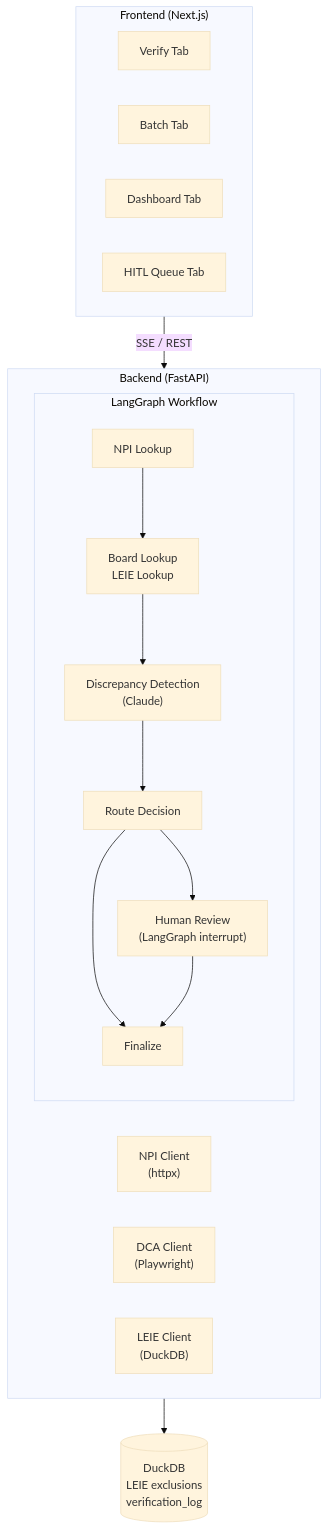
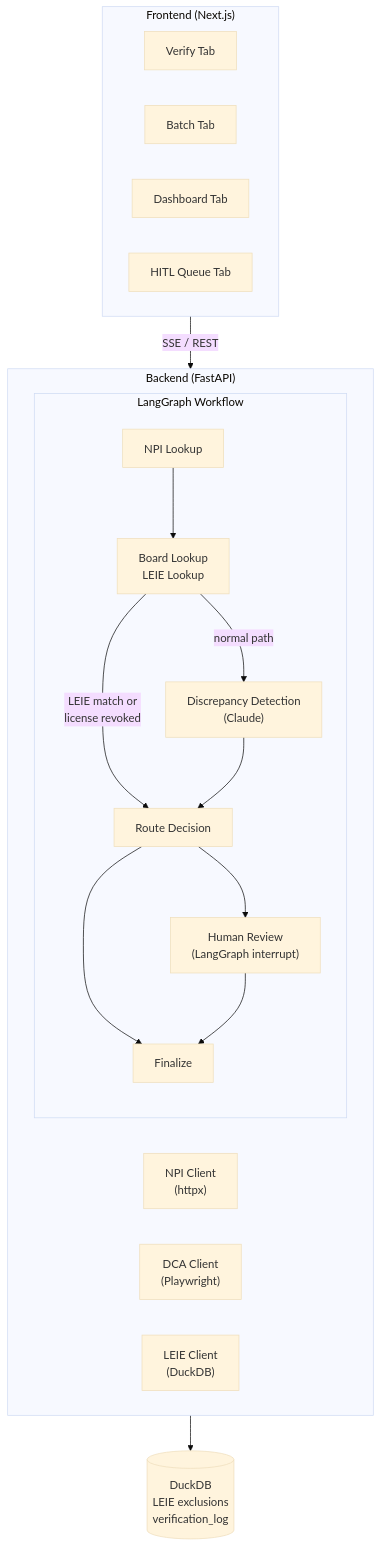
The first of 2 diagrams in README.md (karankrishnani/credentialmd-poc), drawn with Mermaid (base theme) before and after one commit. The commit also changed other lines of this file and 2 other files, not shown here.

First line of the commit message:
Short-circuit LEIE exclusion and license revocation to auto-fail without LLM call

````diff
--- a/README.md
+++ b/README.md
@@ -40,28 +40,29 @@
 ```mermaid
 graph TD
     subgraph Frontend ["Frontend (Next.js)"]
         Verify["Verify Tab"]
         Batch["Batch Tab"]
         Dashboard["Dashboard Tab"]
         HITL["HITL Queue Tab"]
     end
 
     Frontend -->|"SSE / REST"| Backend
 
     subgraph Backend ["Backend (FastAPI)"]
         subgraph Workflow ["LangGraph Workflow"]
             NPI["NPI Lookup"] --> ParallelLookups["Board Lookup<br/>LEIE Lookup"]
-            ParallelLookups --> Discrepancy["Discrepancy Detection<br/>(Claude)"]
+            ParallelLookups -->|"LEIE match or<br/>license revoked"| RouteDecision
+            ParallelLookups -->|"normal path"| Discrepancy["Discrepancy Detection<br/>(Claude)"]
             Discrepancy --> RouteDecision["Route Decision"]
             RouteDecision --> HumanReview["Human Review<br/>(LangGraph interrupt)"]
             RouteDecision --> Finalize["Finalize"]
             HumanReview --> Finalize
         end
 
         NPIClient["NPI Client<br/>(httpx)"]
         DCAClient["DCA Client<br/>(Playwright)"]
         LEIEClient["LEIE Client<br/>(DuckDB)"]
     end
 
     Backend --> DB[("DuckDB<br/>LEIE exclusions<br/>verification_log")]
 ```
````
